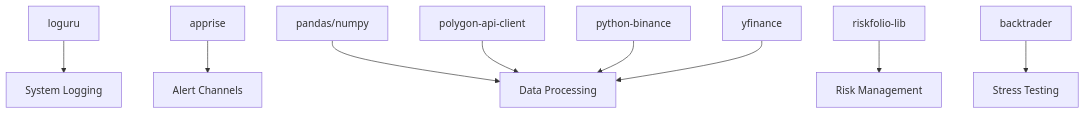
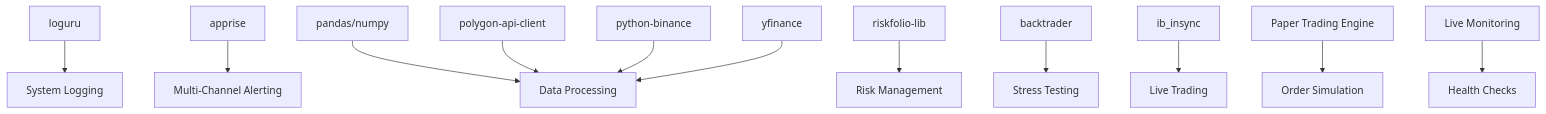
The fourth of 4 diagrams in .qoder/repowiki/en/content/API Reference/Error Handling and Exception Management.md (guofeng201507/shark-quant-trader), drawn with Mermaid before and after one commit. The commit also changed other lines of this file and 14 other files, not shown here.

````diff
--- a/.qoder/repowiki/en/content/API Reference/Error Handling and Exception Management.md
+++ b/.qoder/repowiki/en/content/API Reference/Error Handling and Exception Management.md
@@ -259,11 +463,14 @@
 ```mermaid
 graph TB
 Log["loguru"] --> System["System Logging"]
-Alert["apprise"] --> Alerts["Alert Channels"]
+Alert["apprise"] --> Alerts["Multi-Channel Alerting"]
 Pandas["pandas/numpy"] --> Data["Data Processing"]
 RiskLib["riskfolio-lib"] --> Risk["Risk Management"]
 Backtrader["backtrader"] --> Stress["Stress Testing"]
 Poly["polygon-api-client"] --> Data
 Binance["python-binance"] --> Data
 YF["yfinance"] --> Data
+IB["ib_insync"] --> Live["Live Trading"]
+Paper["Paper Trading Engine"] --> Simulation["Order Simulation"]
+Monitor["Live Monitoring"] --> Health["Health Checks"]
 ```
````
